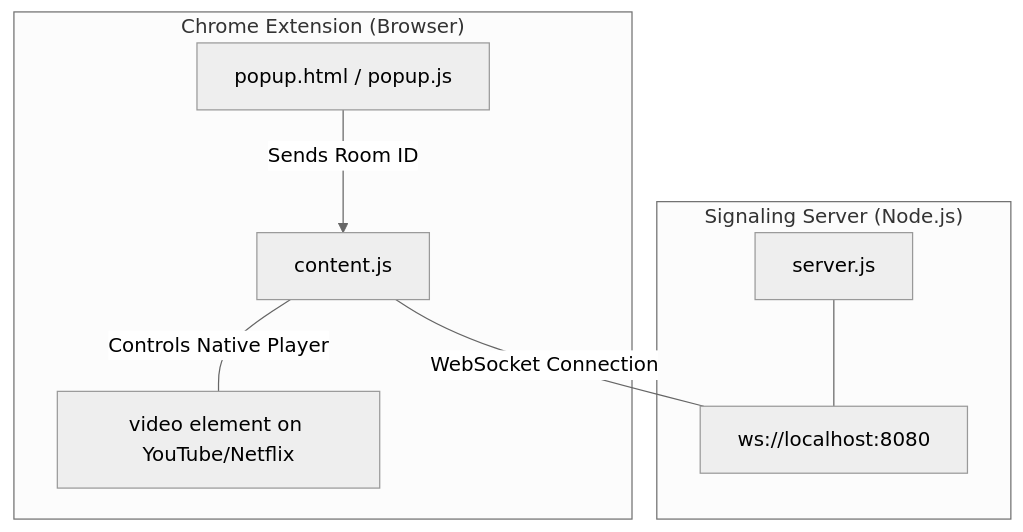
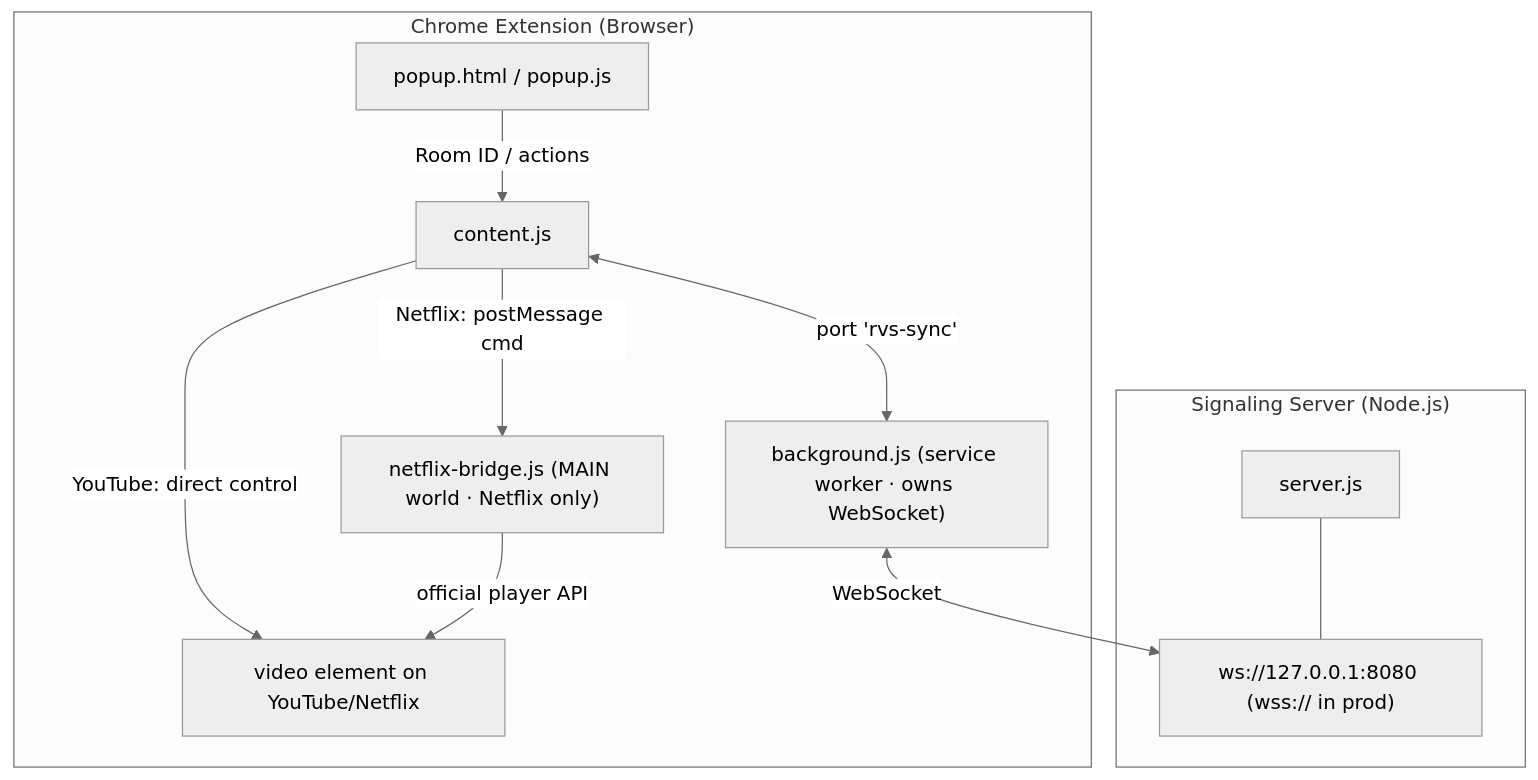
Before and after one commit to leviliangtw/rvs: the second of 2 diagrams in docs/implementation_plan.md, drawn with Mermaid (neutral theme). The commit also changed other lines of this file and 4 other files, not shown here.

````diff
--- a/docs/implementation_plan.md
+++ b/docs/implementation_plan.md
@@ -26,17 +78,22 @@
 ```mermaid
 graph TD
     subgraph "Signaling Server (Node.js)"
         S["server.js"]
-        WS["ws://localhost:8080"]
+        WS["ws://127.0.0.1:8080 (wss:// in prod)"]
     end
     subgraph "Chrome Extension (Browser)"
         P["popup.html / popup.js"]
         CS["content.js"]
+        BG["background.js (service worker · owns WebSocket)"]
+        NB["netflix-bridge.js (MAIN world · Netflix only)"]
         V["video element on YouTube/Netflix"]
     end
 
     S --- WS
-    P -->|Sends Room ID| CS
-    CS ---|WebSocket Connection| WS
-    CS ---|Controls Native Player| V
+    P -->|Room ID / actions| CS
+    CS <-->|port 'rvs-sync'| BG
+    BG <-->|WebSocket| WS
+    CS -->|YouTube: direct control| V
+    CS -->|Netflix: postMessage cmd| NB
+    NB -->|official player API| V
 ```
````
